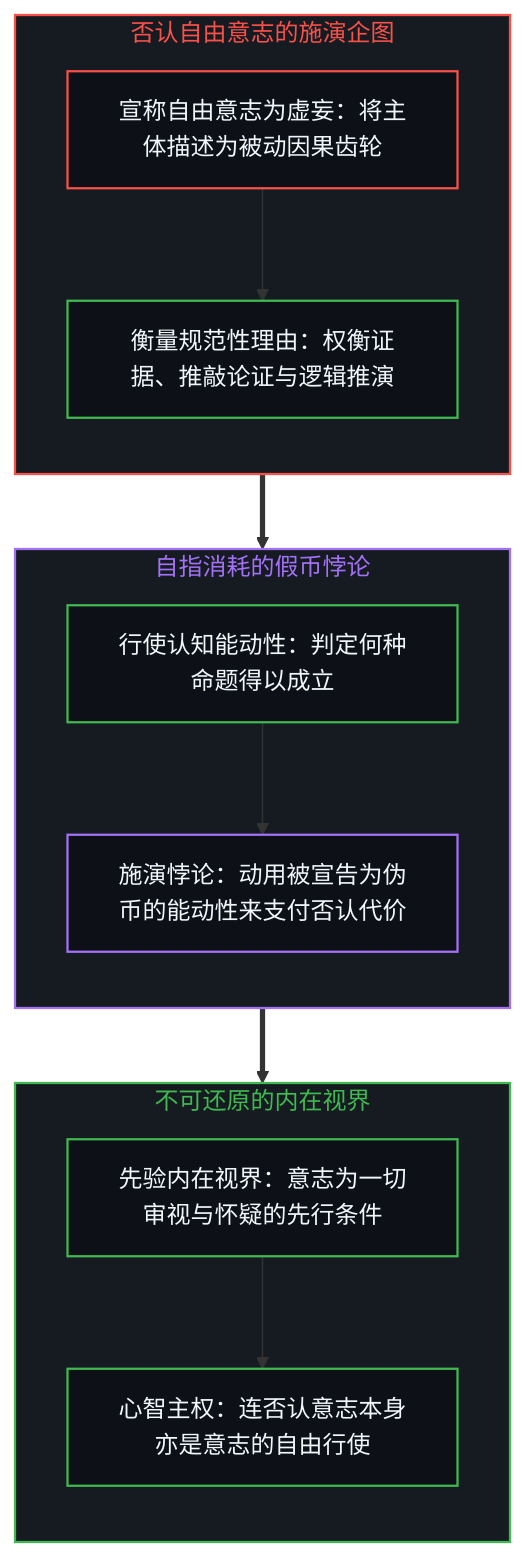
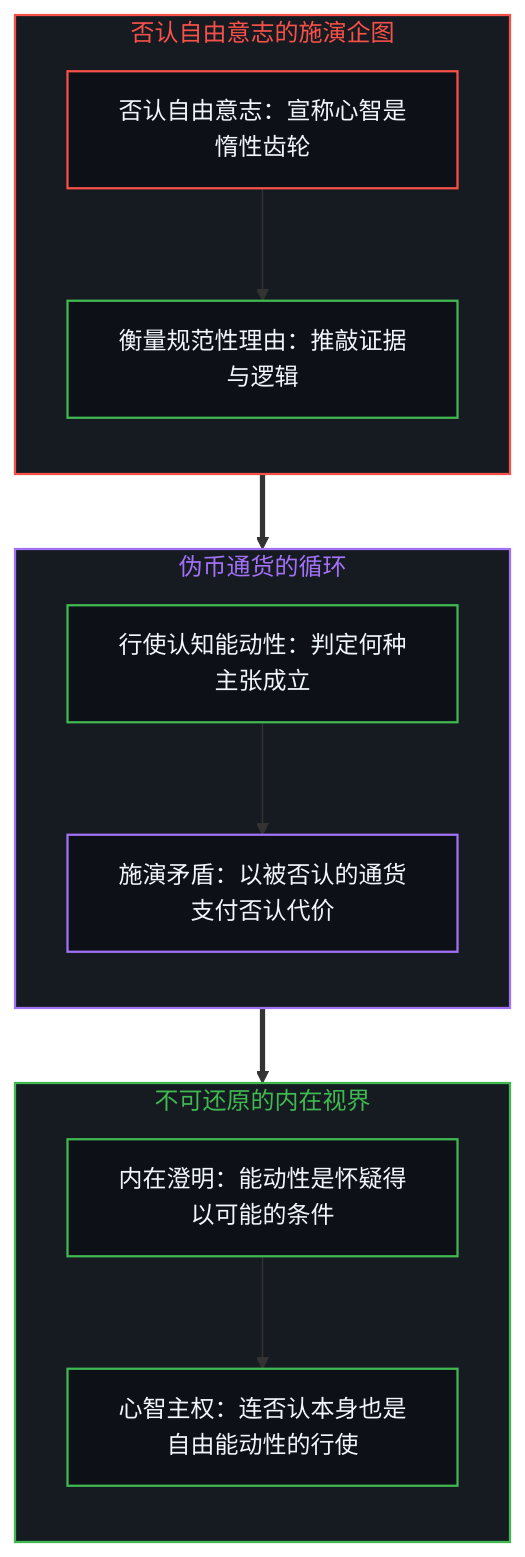
Before and after one commit to powerpig99/not-a-toe: the third of 4 diagrams in content/posts/the-blind-spot-of-the-frame.md, drawn with Mermaid. The commit also changed other lines of this file and 5 other files, not shown here.

````diff
--- a/content/posts/the-blind-spot-of-the-frame.md
+++ b/content/posts/the-blind-spot-of-the-frame.md
@@ -117,32 +117,32 @@
 ```mermaid
 flowchart TD
     classDef default fill:#0d1117,stroke:#30363d,stroke-width:1px,color:#f0f6fc;
     classDef mind fill:#0d1117,stroke:#3fb950,stroke-width:1.5px,color:#f0f6fc;
     classDef warn fill:#0d1117,stroke:#d29922,stroke-width:1.5px,color:#f0f6fc;
     classDef fail fill:#0d1117,stroke:#f85149,stroke-width:1.5px,color:#f0f6fc;
     classDef model fill:#0d1117,stroke:#58a6ff,stroke-width:1.5px,color:#f0f6fc;
     classDef loop fill:#0d1117,stroke:#a371f7,stroke-width:1.5px,color:#f0f6fc;
     subgraph S_Denial ["否认自由意志的施演企图"]
         direction TB
-        DenyClaim["宣称自由意志为虚妄：将主体描述为被动因果齿轮"]:::fail
-        NormativeWeighing["衡量规范性理由：权衡证据、推敲论证与逻辑推演"]:::mind
+        DenyClaim["否认自由意志：宣称心智是惰性齿轮"]:::fail
+        NormativeWeighing["衡量规范性理由：推敲证据与逻辑"]:::mind
         DenyClaim --> NormativeWeighing
     end
-    subgraph S_Currency ["自指消耗的假币悖论"]
+    subgraph S_Currency ["伪币通货的循环"]
         direction TB
-        EpistemicAgency["行使认知能动性：判定何种命题得以成立"]:::mind
-        CounterfeitLoop["施演悖论：动用被宣告为伪币的能动性来支付否认代价"]:::loop
+        EpistemicAgency["行使认知能动性：判定何种主张成立"]:::mind
+        CounterfeitLoop["施演矛盾：以被否认的通货支付否认代价"]:::loop
         EpistemicAgency --> CounterfeitLoop
     end
     subgraph S_Irreducible ["不可还原的内在视界"]
         direction TB
-        ImmanentGround["先验内在视界：意志为一切审视与怀疑的先行条件"]:::mind
-        Sovereignty["心智主权：连否认意志本身亦是意志的自由行使"]:::mind
+        ImmanentGround["内在澄明：能动性是怀疑得以可能的条件"]:::mind
+        Sovereignty["心智主权：连否认本身也是自由能动性的行使"]:::mind
         ImmanentGround --> Sovereignty
     end
     S_Denial ==> S_Currency
     S_Currency ==> S_Irreducible
     style S_Denial fill:#161b22,stroke:#f85149,stroke-width:1.5px,color:#f85149
     style S_Currency fill:#161b22,stroke:#a371f7,stroke-width:1.5px,color:#a371f7
     style S_Irreducible fill:#161b22,stroke:#3fb950,stroke-width:1.5px,color:#3fb950
 ```
````
